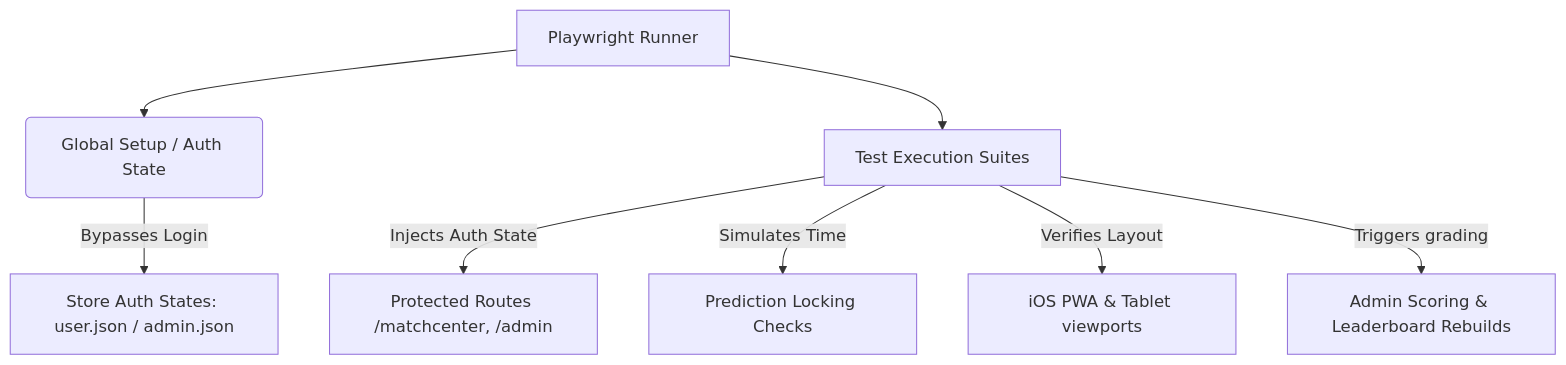
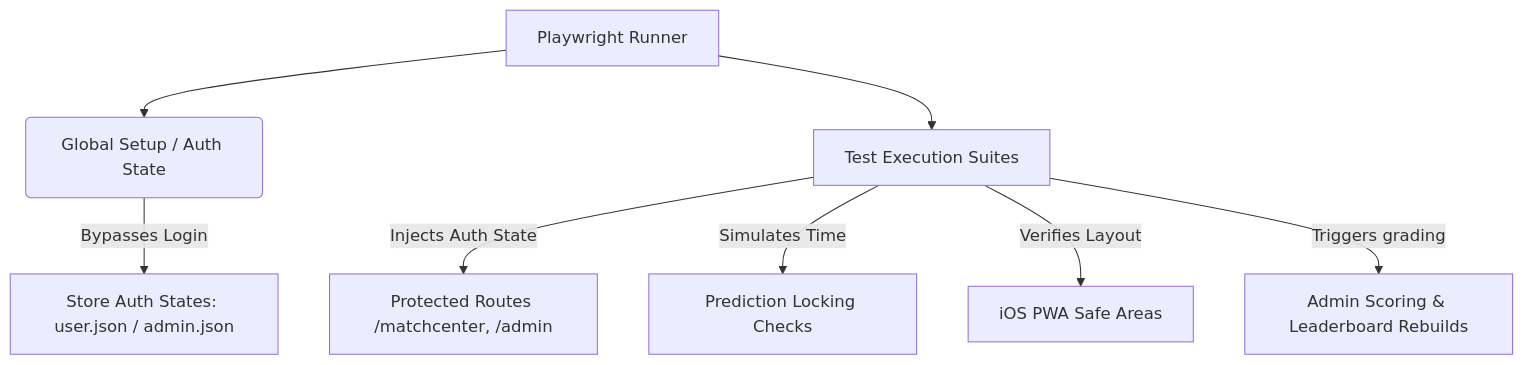
One commit to rasheedhere/gully-predict changed the diagram in docs/PLAYWRIGHT_TEST_PLAN.md. Above: the diagram before and after it, drawn with Mermaid. The commit also changed other lines of this file, not shown here.

````diff
--- a/docs/PLAYWRIGHT_TEST_PLAN.md
+++ b/docs/PLAYWRIGHT_TEST_PLAN.md
@@ -18,10 +11,10 @@
 ```mermaid
 graph TD
     A[Playwright Runner] --> B(Global Setup / Auth State)
     B -->|Bypasses Login| C[Store Auth States: user.json / admin.json]
     A --> D[Test Execution Suites]
     D -->|Injects Auth State| E[Protected Routes /matchcenter, /admin]
     D -->|Simulates Time| F[Prediction Locking Checks]
-    D -->|Verifies Layout| G[iOS PWA & Tablet viewports]
+    D -->|Verifies Layout| G[iOS PWA Safe Areas]
     D -->|Triggers grading| H[Admin Scoring & Leaderboard Rebuilds]
 ```
````
